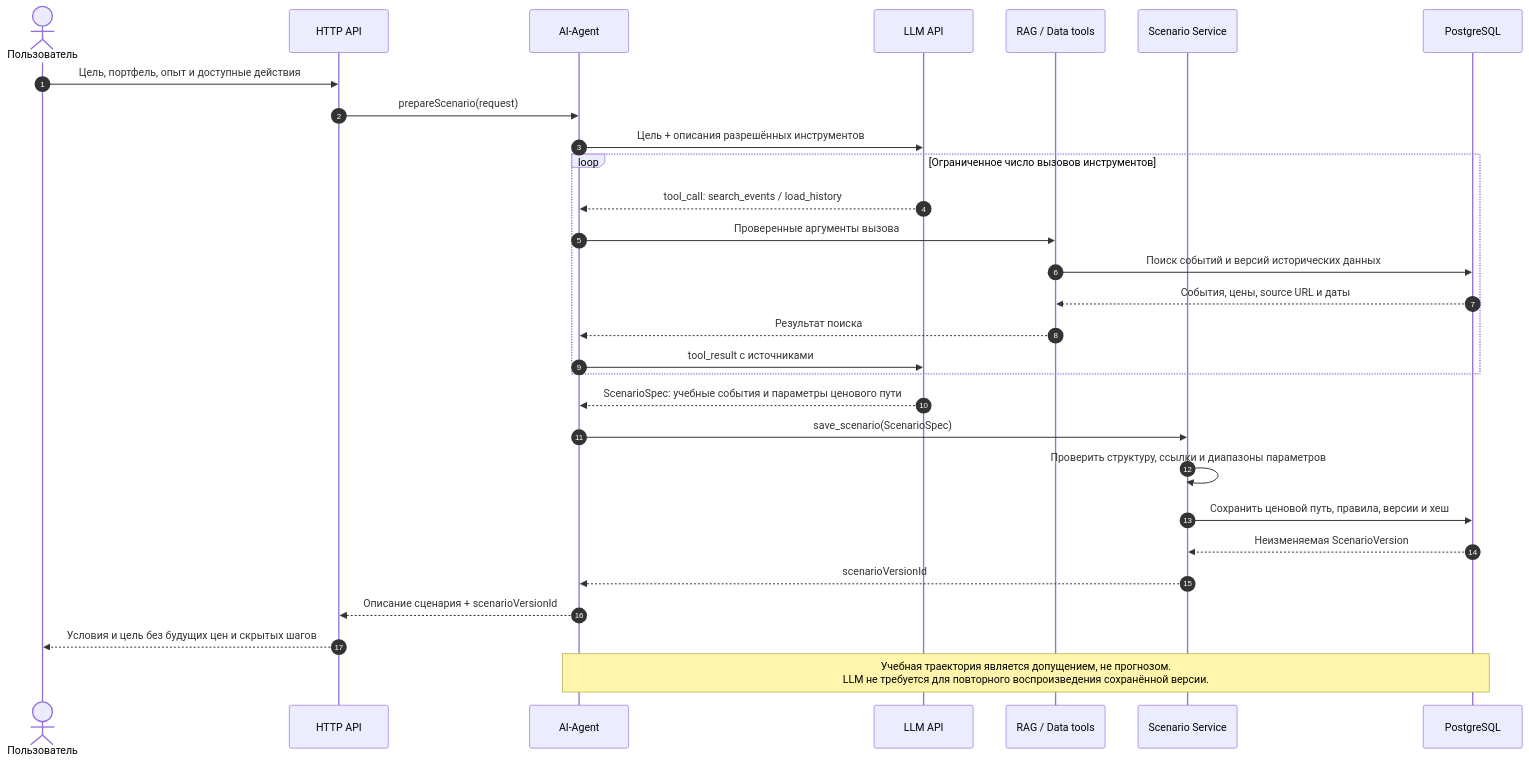
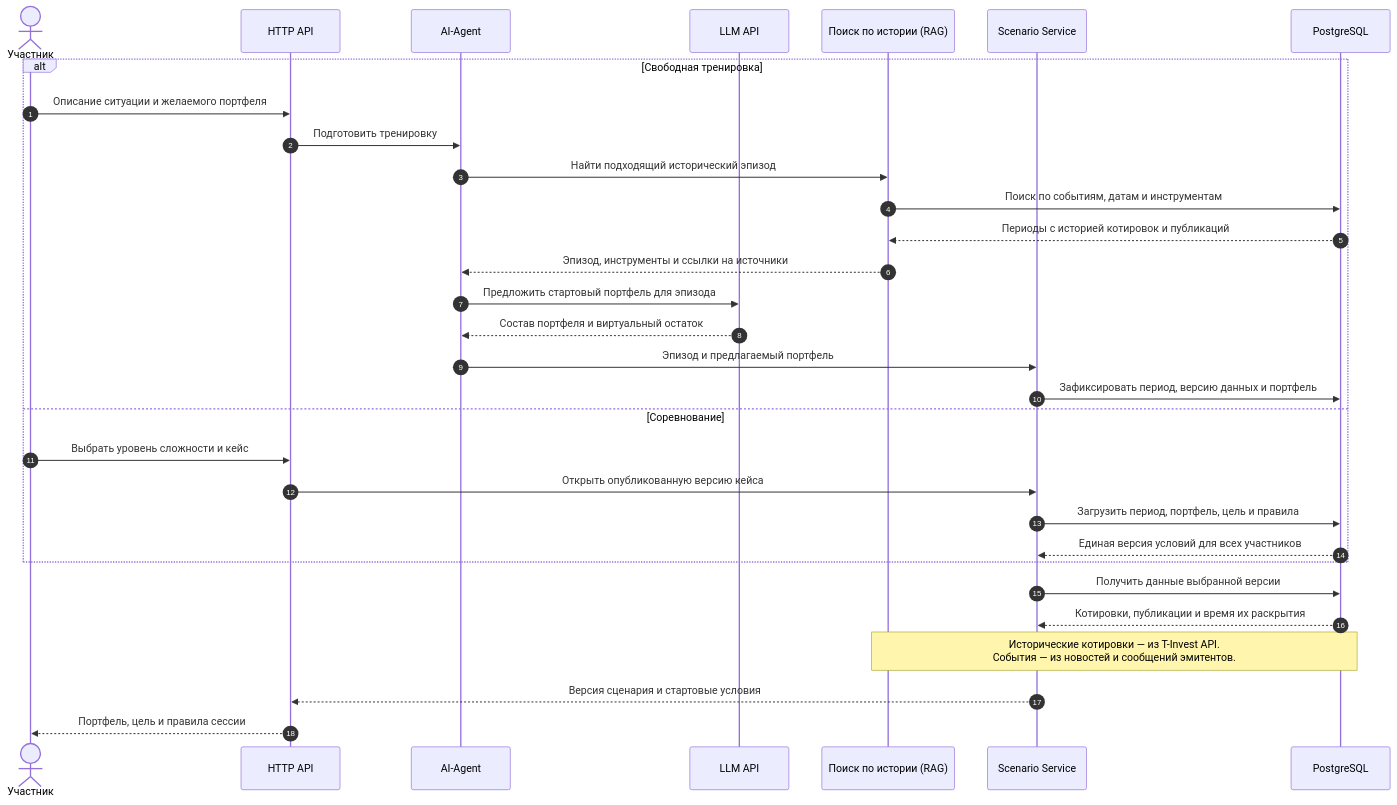
The diagram in docs/architecture/diagrams/04-prepare-scenario.mmd (BazhanovMaxim/Invest), drawn with Mermaid before and after one commit. The commit also changed 12 other files, not shown here.

Commit message:
Обновить диаграммы исторической симуляции и добавить каталог учебных кейсов

```diff
--- a/docs/architecture/diagrams/04-prepare-scenario.mmd
+++ b/docs/architecture/diagrams/04-prepare-scenario.mmd
@@ -1,29 +1,31 @@
 sequenceDiagram
   autonumber
-  actor U as Пользователь
+  actor U as Участник
   participant API as HTTP API
   participant A as AI-Agent
   participant L as LLM API
-  participant R as RAG / Data tools
+  participant R as Поиск по истории (RAG)
   participant S as Scenario Service
   participant D as PostgreSQL
-  U->>API: Цель, портфель, опыт и доступные действия
-  API->>A: prepareScenario(request)
-  A->>L: Цель + описания разрешённых инструментов
-  loop Ограниченное число вызовов инструментов
-    L-->>A: tool_call: search_events / load_history
-    A->>R: Проверенные аргументы вызова
-    R->>D: Поиск событий и версий исторических данных
-    D-->>R: События, цены, source URL и даты
-    R-->>A: Результат поиска
-    A->>L: tool_result с источниками
+  alt Свободная тренировка
+    U->>API: Описание ситуации и желаемого портфеля
+    API->>A: Подготовить тренировку
+    A->>R: Найти подходящий исторический эпизод
+    R->>D: Поиск по событиям, датам и инструментам
+    D-->>R: Периоды с историей котировок и публикаций
+    R-->>A: Эпизод, инструменты и ссылки на источники
+    A->>L: Предложить стартовый портфель для эпизода
+    L-->>A: Состав портфеля и виртуальный остаток
+    A->>S: Эпизод и предлагаемый портфель
+    S->>D: Зафиксировать период, версию данных и портфель
+  else Соревнование
+    U->>API: Выбрать уровень сложности и кейс
+    API->>S: Открыть опубликованную версию кейса
+    S->>D: Загрузить период, портфель, цель и правила
+    D-->>S: Единая версия условий для всех участников
   end
-  L-->>A: ScenarioSpec: учебные события и параметры ценового пути
-  A->>S: save_scenario(ScenarioSpec)
-  S->>S: Проверить структуру, ссылки и диапазоны параметров
-  S->>D: Сохранить ценовой путь, правила, версии и хеш
-  D-->>S: Неизменяемая ScenarioVersion
-  S-->>A: scenarioVersionId
-  A-->>API: Описание сценария + scenarioVersionId
-  API-->>U: Условия и цель без будущих цен и скрытых шагов
-  Note over A,D: Учебная траектория является допущением, не прогнозом.<br/>LLM не требуется для повторного воспроизведения сохранённой версии.
+  S->>D: Получить данные выбранной версии
+  D-->>S: Котировки, публикации и время их раскрытия
+  Note over R,D: Исторические котировки — из T-Invest API.<br/>События — из новостей и сообщений эмитентов.
+  S-->>API: Версия сценария и стартовые условия
+  API-->>U: Портфель, цель и правила сессии
```
